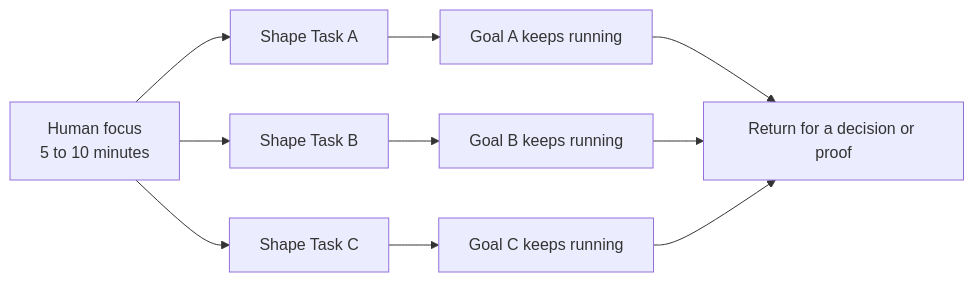
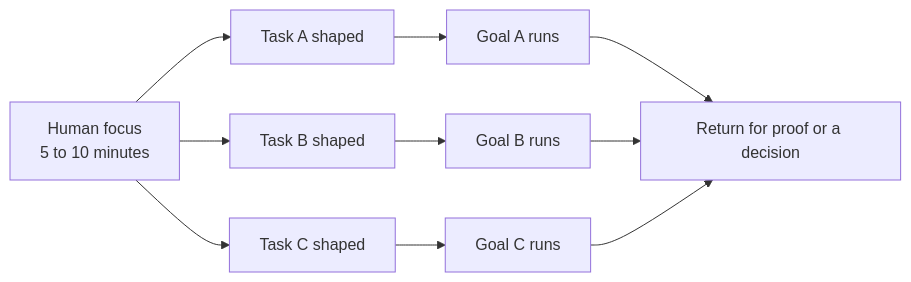
The first of 7 diagrams in README.md (sabirmgd/terminal-first-goal-loop), drawn with Mermaid before and after one commit. The commit also changed other lines of this file and 33 other files, not shown here.

````diff
--- a/README.md
+++ b/README.md
@@ -33,12 +41,12 @@
 ```mermaid
 flowchart LR
-    H["Human focus<br/>5 to 10 minutes"] --> A["Shape Task A"]
-    H --> B["Shape Task B"]
-    H --> C["Shape Task C"]
-    A --> GA["Goal A keeps running"]
-    B --> GB["Goal B keeps running"]
-    C --> GC["Goal C keeps running"]
-    GA --> R["Return for a decision or proof"]
+    H["Human focus<br/>5 to 10 minutes"] --> A["Task A shaped"]
+    H --> B["Task B shaped"]
+    H --> C["Task C shaped"]
+    A --> GA["Goal A runs"]
+    B --> GB["Goal B runs"]
+    C --> GC["Goal C runs"]
+    GA --> R["Return for proof or a decision"]
     GB --> R
     GC --> R
 ```
````
